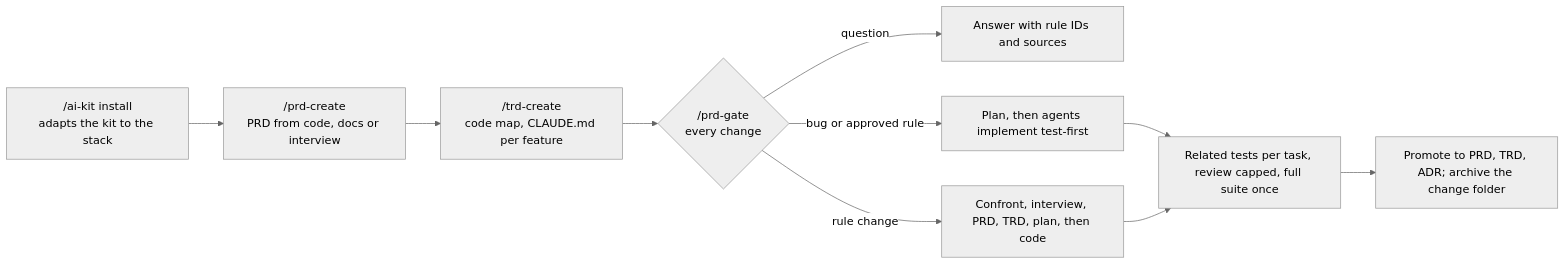
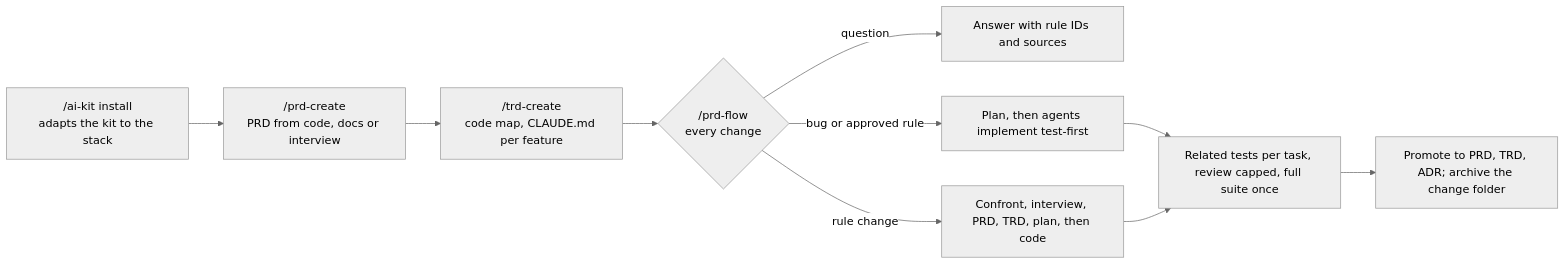
The diagram in README.md (mtperessoni/ai-starter-kit), drawn with Mermaid (neutral theme) before and after one commit. The commit also changed other lines of this file and 51 other files, not shown here.

First line of the commit message:
refactor(prd-flow): rename the prd-gate skill to prd-flow

````diff
--- a/README.md
+++ b/README.md
@@ -25,12 +25,12 @@
 ```mermaid
 flowchart LR
     I["/ai-kit install<br/>adapts the kit to the stack"] --> P["/prd-create<br/>PRD from code, docs or interview"]
     P --> T["/trd-create<br/>code map, CLAUDE.md per feature"]
-    T --> G{"/prd-gate<br/>every change"}
+    T --> G{"/prd-flow<br/>every change"}
     G -->|question| A[Answer with rule IDs and sources]
     G -->|bug or approved rule| X[Plan, then agents implement test-first]
     G -->|rule change| R[Confront, interview, PRD, TRD, plan, then code]
     X --> V[Related tests per task, review capped, full suite once]
     R --> V
     V --> M[Promote to PRD, TRD, ADR; archive the change folder]
 ```
````
